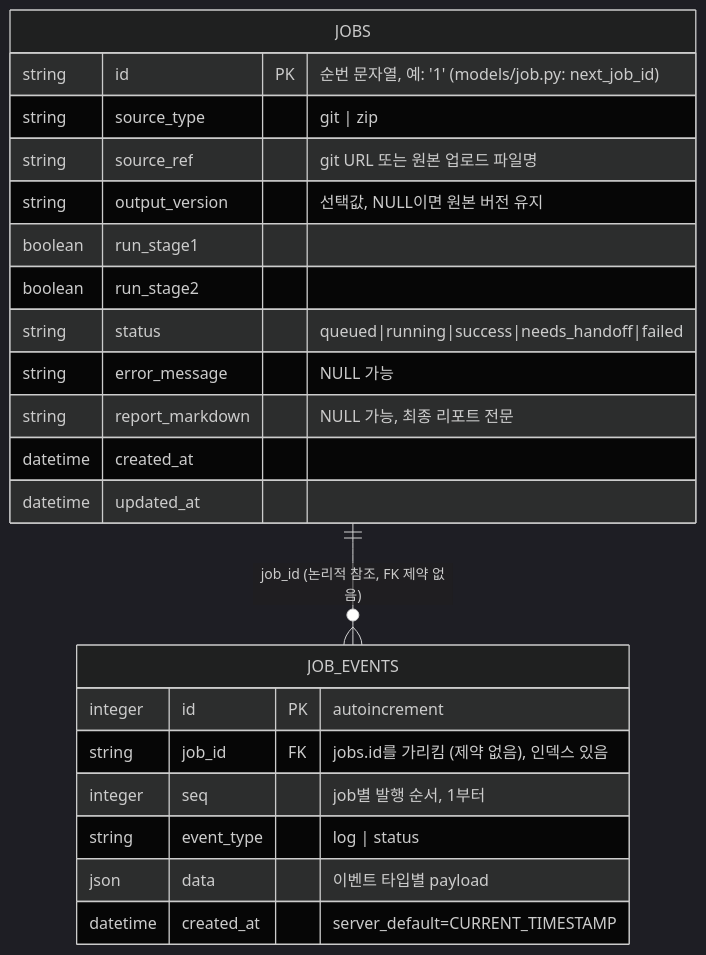
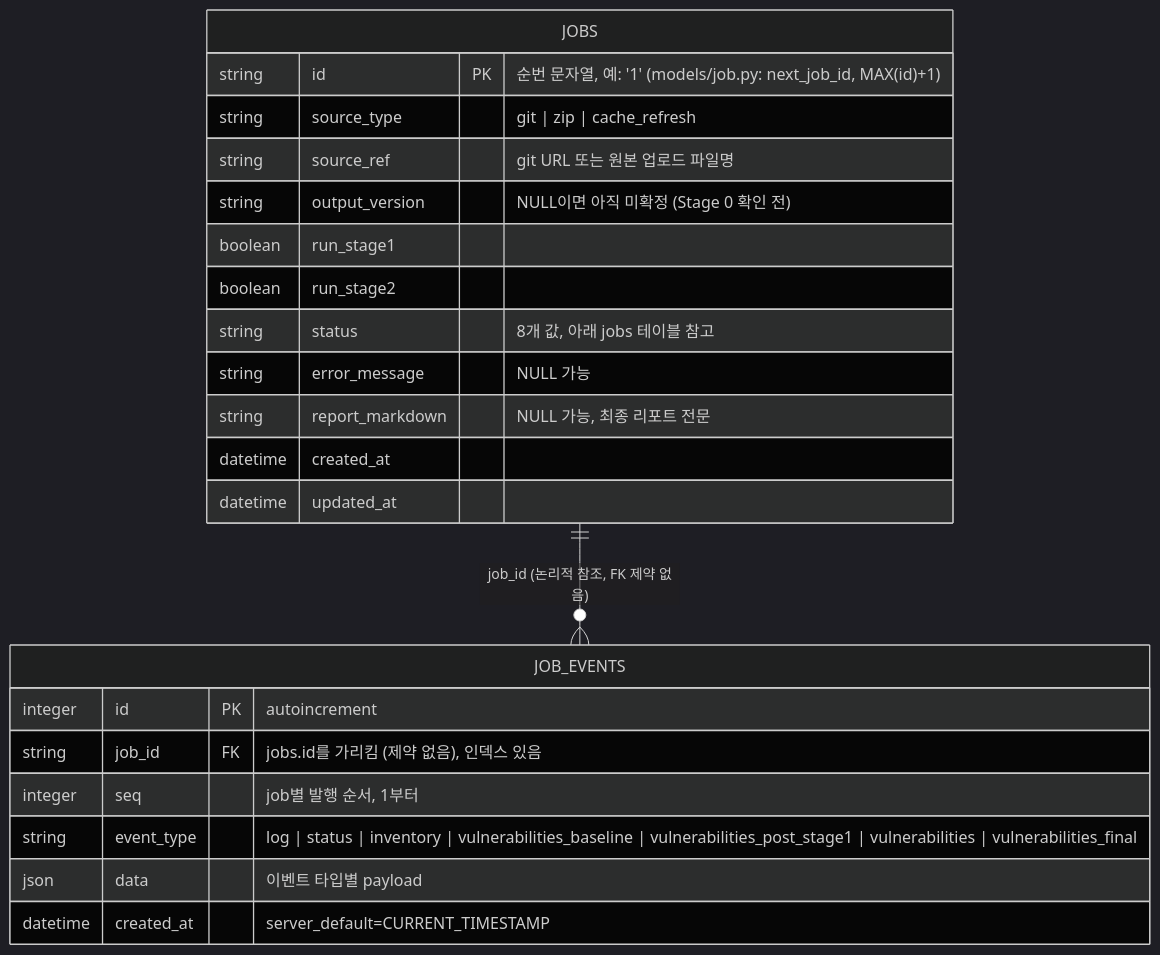
The diagram in docs/database.md (jinfromkorea/poc-5th-started-brainstorming), drawn with Mermaid (dark theme) before and after one commit. The commit also changed other lines of this file, not shown here.

First line of the commit message:
문서 리뷰: database.md를 Stage 0/job 삭제 이후 상태로 갱신

````diff
--- a/docs/database.md
+++ b/docs/database.md
@@ -16,27 +16,27 @@
 ```mermaid
 erDiagram
     JOBS ||--o{ JOB_EVENTS : "job_id (논리적 참조, FK 제약 없음)"
 
     JOBS {
-        string id PK "순번 문자열, 예: '1' (models/job.py: next_job_id)"
-        string source_type "git | zip"
+        string id PK "순번 문자열, 예: '1' (models/job.py: next_job_id, MAX(id)+1)"
+        string source_type "git | zip | cache_refresh"
         string source_ref "git URL 또는 원본 업로드 파일명"
-        string output_version "선택값, NULL이면 원본 버전 유지"
+        string output_version "NULL이면 아직 미확정 (Stage 0 확인 전)"
         boolean run_stage1
         boolean run_stage2
-        string status "queued|running|success|needs_handoff|failed"
+        string status "8개 값, 아래 jobs 테이블 참고"
         string error_message "NULL 가능"
         string report_markdown "NULL 가능, 최종 리포트 전문"
         datetime created_at
         datetime updated_at
     }
 
     JOB_EVENTS {
         integer id PK "autoincrement"
         string job_id FK "jobs.id를 가리킴 (제약 없음), 인덱스 있음"
         integer seq "job별 발행 순서, 1부터"
-        string event_type "log | status"
+        string event_type "log | status | inventory | vulnerabilities_baseline | vulnerabilities_post_stage1 | vulnerabilities | vulnerabilities_final"
         json data "이벤트 타입별 payload"
         datetime created_at "server_default=CURRENT_TIMESTAMP"
     }
 ```
````
